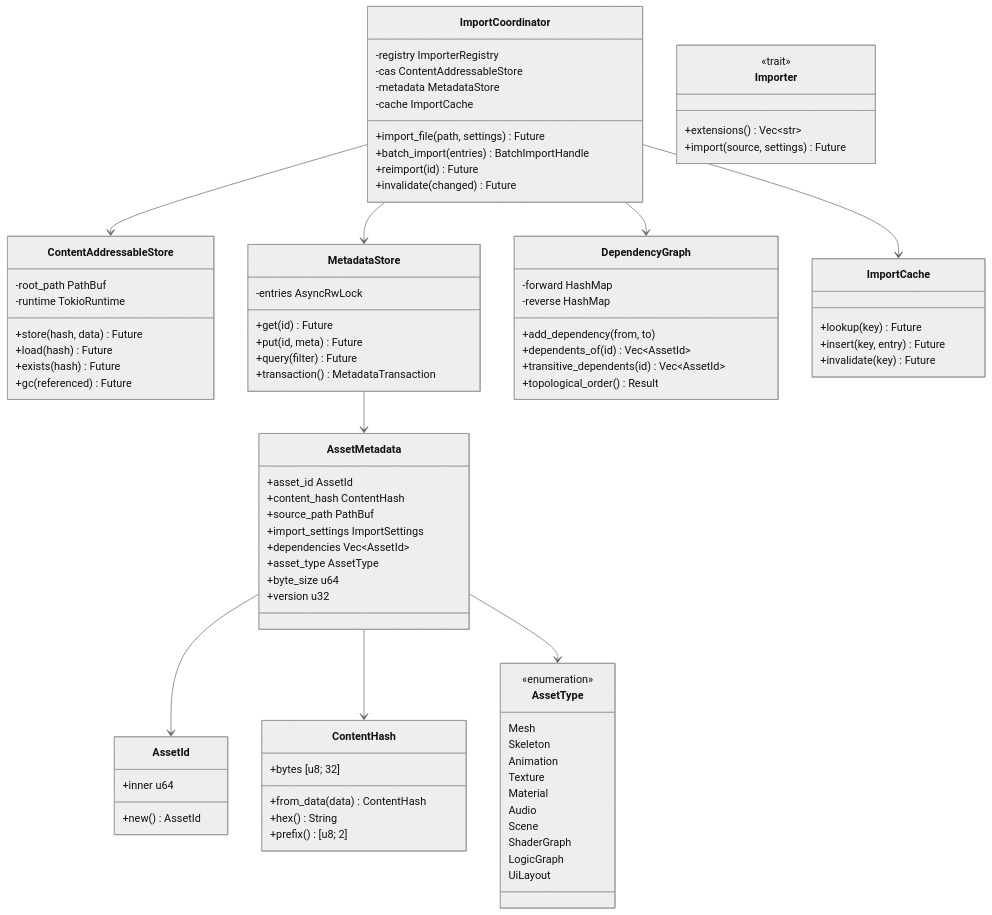
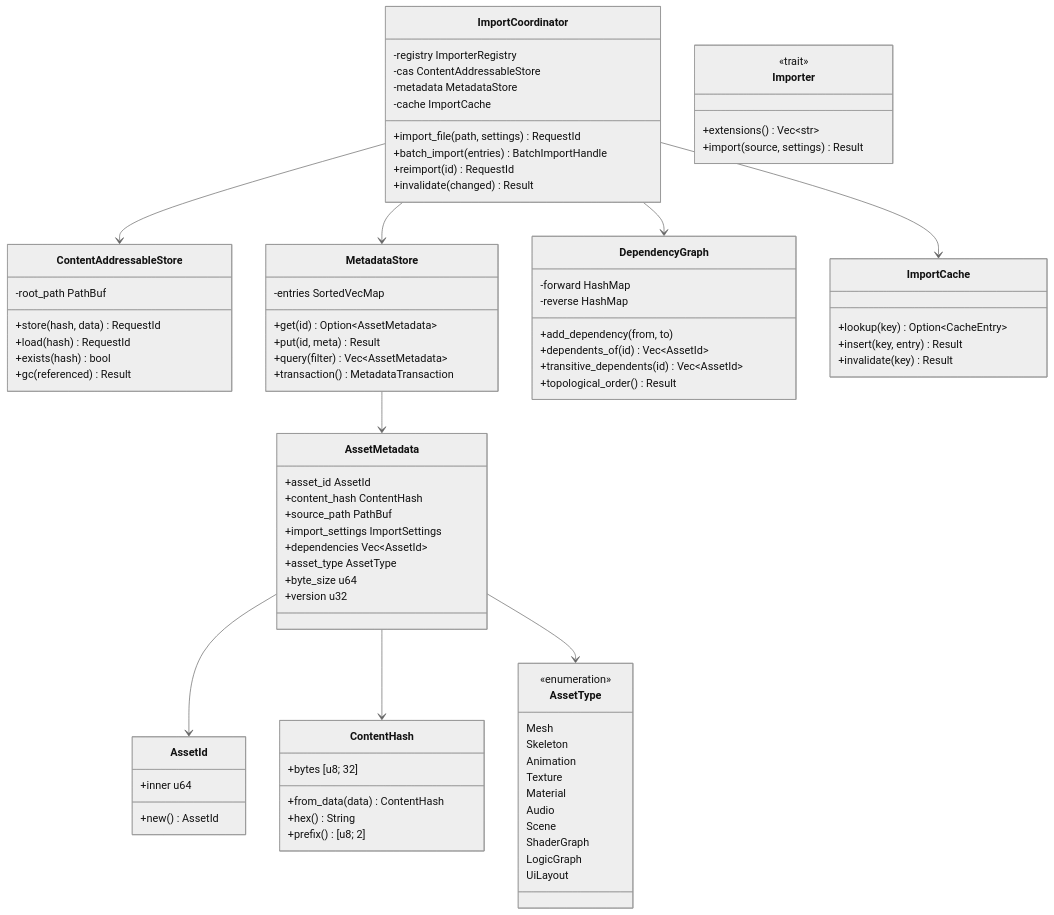
One commit to harmonius-dev/harmonius changed the fifth of 8 diagrams in docs/design/content-pipeline/asset-pipeline.md. Above: the diagram before and after it, drawn with Mermaid (neutral theme). The commit also changed other lines of this file and 143 other files, not shown here.

```diff
--- a/docs/design/content-pipeline/asset-pipeline.md
+++ b/docs/design/content-pipeline/asset-pipeline.md
@@ -370,24 +378,23 @@
         -cas ContentAddressableStore
         -metadata MetadataStore
         -cache ImportCache
-        +import_file(path, settings) Future
+        +import_file(path, settings) RequestId
         +batch_import(entries) BatchImportHandle
-        +reimport(id) Future
-        +invalidate(changed) Future
+        +reimport(id) RequestId
+        +invalidate(changed) Result
     }
     class ContentAddressableStore {
         -root_path PathBuf
-        -runtime TokioRuntime
-        +store(hash, data) Future
-        +load(hash) Future
-        +exists(hash) Future
-        +gc(referenced) Future
+        +store(hash, data) RequestId
+        +load(hash) RequestId
+        +exists(hash) bool
+        +gc(referenced) Result
     }
     class MetadataStore {
-        -entries AsyncRwLock
-        +get(id) Future
-        +put(id, meta) Future
-        +query(filter) Future
+        -entries SortedVecMap
+        +get(id) Option~AssetMetadata~
+        +put(id, meta) Result
+        +query(filter) Vec~AssetMetadata~
         +transaction() MetadataTransaction
     }
     class DependencyGraph {
@@ -399,14 +406,14 @@
         +topological_order() Result
     }
     class ImportCache {
-        +lookup(key) Future
-        +insert(key, entry) Future
-        +invalidate(key) Future
+        +lookup(key) Option~CacheEntry~
+        +insert(key, entry) Result
+        +invalidate(key) Result
     }
     class Importer {
         <<trait>>
         +extensions() Vec~str~
-        +import(source, settings) Future
+        +import(source, settings) Result
     }
 
     ImportCoordinator --> ContentAddressableStore
```
